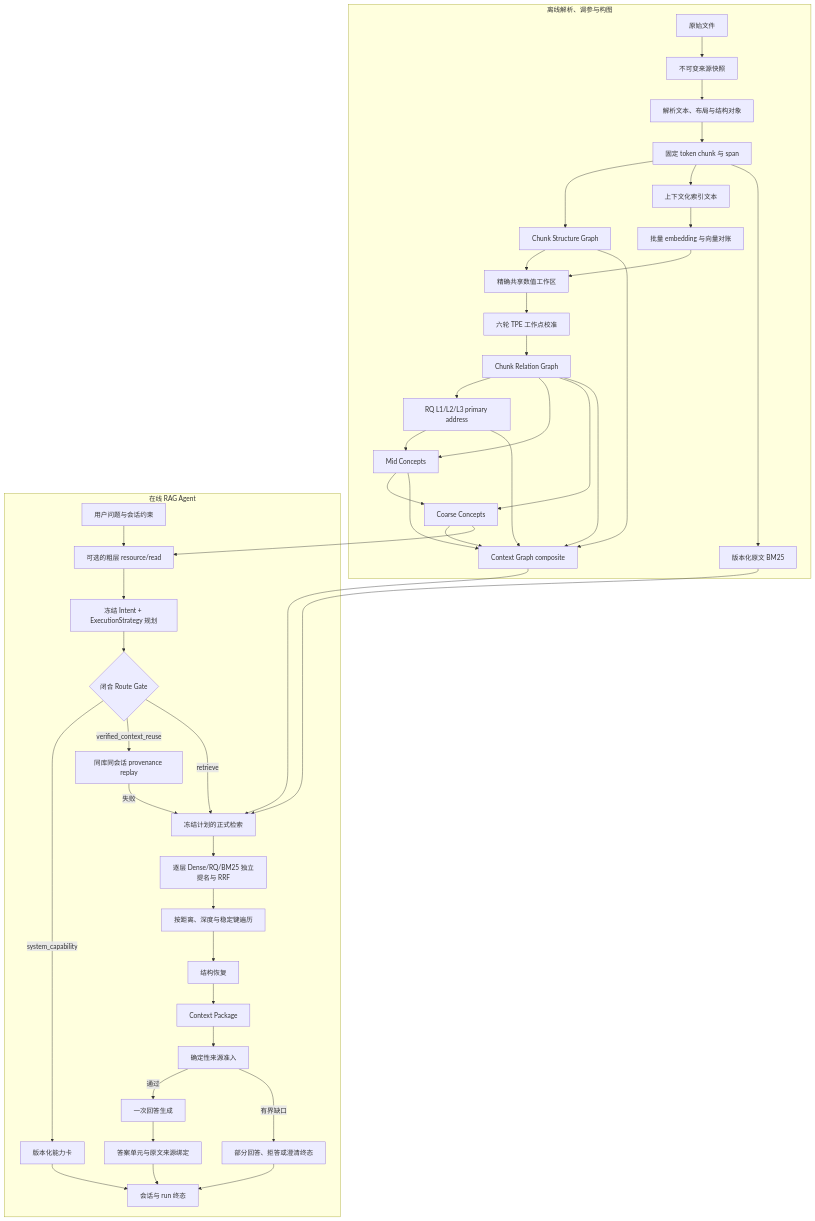
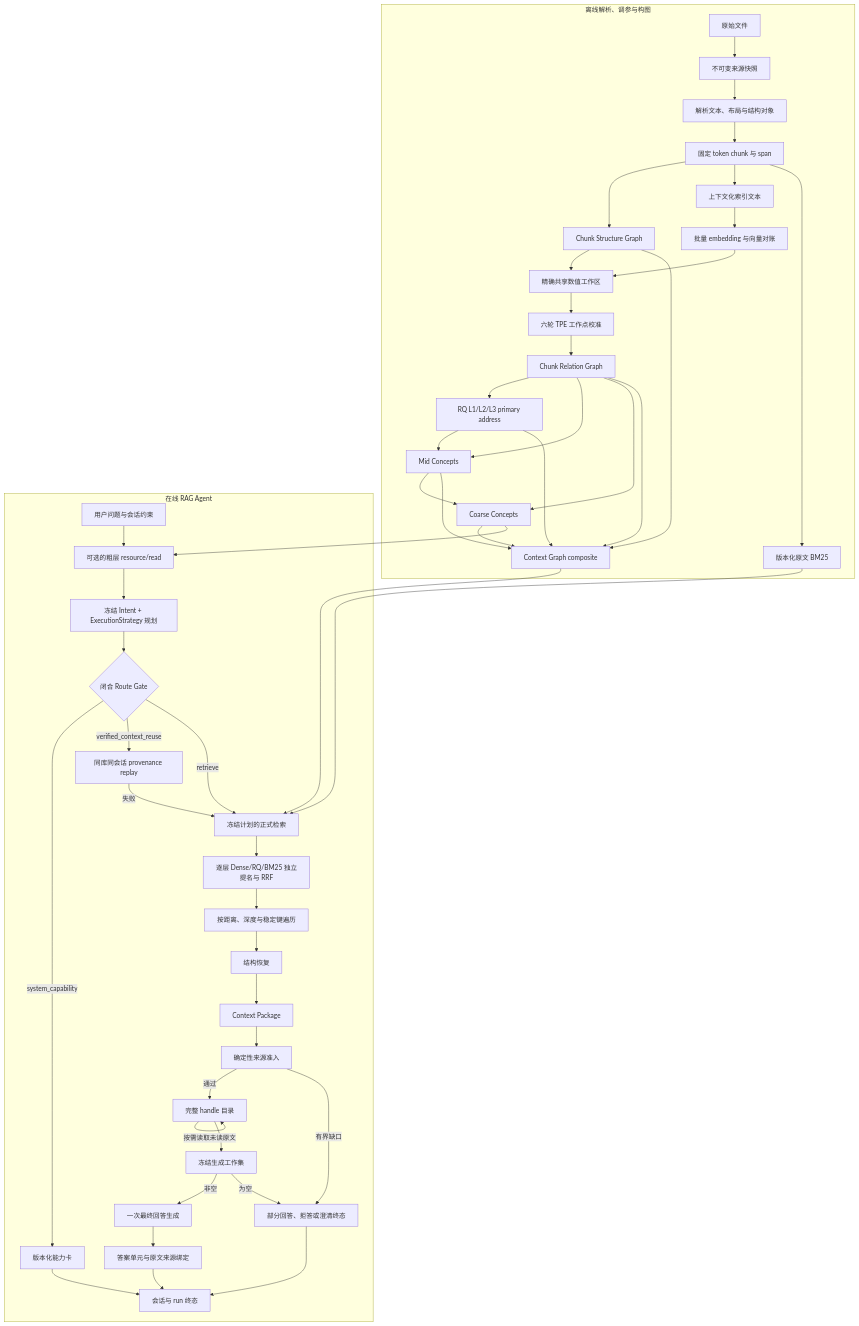
One commit to Sggggt/SymboGraph changed the second of 3 diagrams in docs/technical-spec.md. Above: the diagram before and after it, drawn with Mermaid. The commit also changed other lines of this file and 35 other files, not shown here.

````diff
--- a/docs/technical-spec.md
+++ b/docs/technical-spec.md
@@ -56,50 +59,54 @@
 ```mermaid
 flowchart TB
     subgraph Build[离线解析、调参与构图]
         F0[原始文件] --> SS[不可变来源快照]
         SS --> PARSE[解析文本、布局与结构对象]
         PARSE --> CHUNK[固定 token chunk 与 span]
         CHUNK --> G0[Chunk Structure Graph]
         CHUNK --> CTX[上下文化索引文本]
         CTX --> EMB[批量 embedding 与向量对账]
         CHUNK --> BM[版本化原文 BM25]
         EMB --> WS[精确共享数值工作区]
         G0 --> WS
         WS --> TPE[六轮 TPE 工作点校准]
         TPE --> G1[Chunk Relation Graph]
         G1 --> RQ[RQ L1/L2/L3 primary address]
         RQ --> MID[Mid Concepts]
         G1 --> MID
         MID --> COARSE[Coarse Concepts]
         G1 --> COARSE
         G0 --> CG[Context Graph composite]
         G1 --> CG
         RQ --> CG
         MID --> CG
         COARSE --> CG
     end
 
     subgraph Serve[在线 RAG Agent]
         U[用户问题与会话约束] --> OBS[可选的粗层 resource/read]
         COARSE --> OBS
         OBS --> PLAN[冻结 Intent + ExecutionStrategy 规划]
         PLAN --> ROUTE{闭合 Route Gate}
         ROUTE -->|system_capability| CARD[版本化能力卡]
         ROUTE -->|verified_context_reuse| REPLAY[同库同会话 provenance replay]
         REPLAY -->|失败| RETRIEVE[冻结计划的正式检索]
         ROUTE -->|retrieve| RETRIEVE
         BM --> RETRIEVE
         CG --> RETRIEVE
         RETRIEVE --> SCORE[逐层 Dense/RQ/BM25 独立提名与 RRF]
         SCORE --> WALK[按距离、深度与稳定键遍历]
         WALK --> RESTORE[结构恢复]
         RESTORE --> PACK[Context Package]
         PACK --> ADMIT[确定性来源准入]
-        ADMIT -->|通过| GEN[一次回答生成]
+        ADMIT -->|通过| DIR[完整 handle 目录]
+        DIR -->|按需读取未读原文| DIR
+        DIR --> FREEZE[冻结生成工作集]
+        FREEZE -->|非空| GEN[一次最终回答生成]
+        FREEZE -->|为空| GAP
         ADMIT -->|有界缺口| GAP[部分回答、拒答或澄清终态]
         GEN --> BIND[答案单元与原文来源绑定]
         BIND --> SESSION[会话与 run 终态]
         CARD --> SESSION
         GAP --> SESSION
     end
 ```
````
